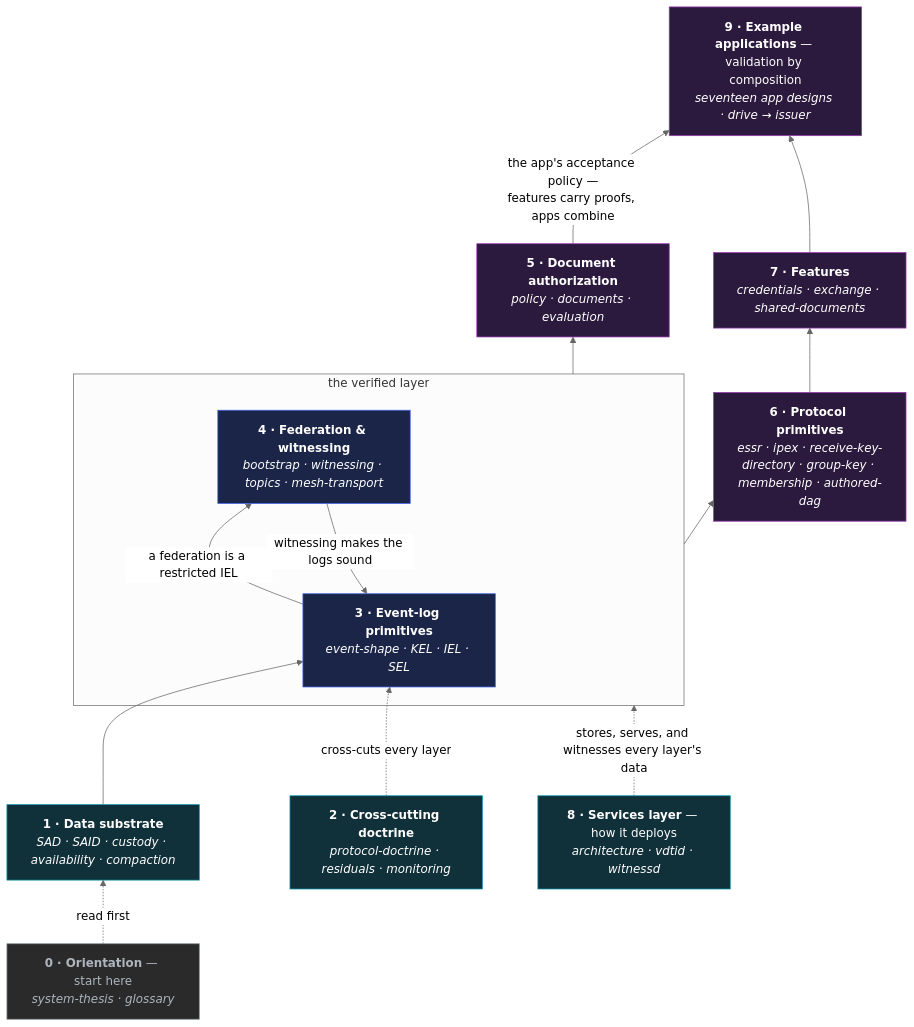
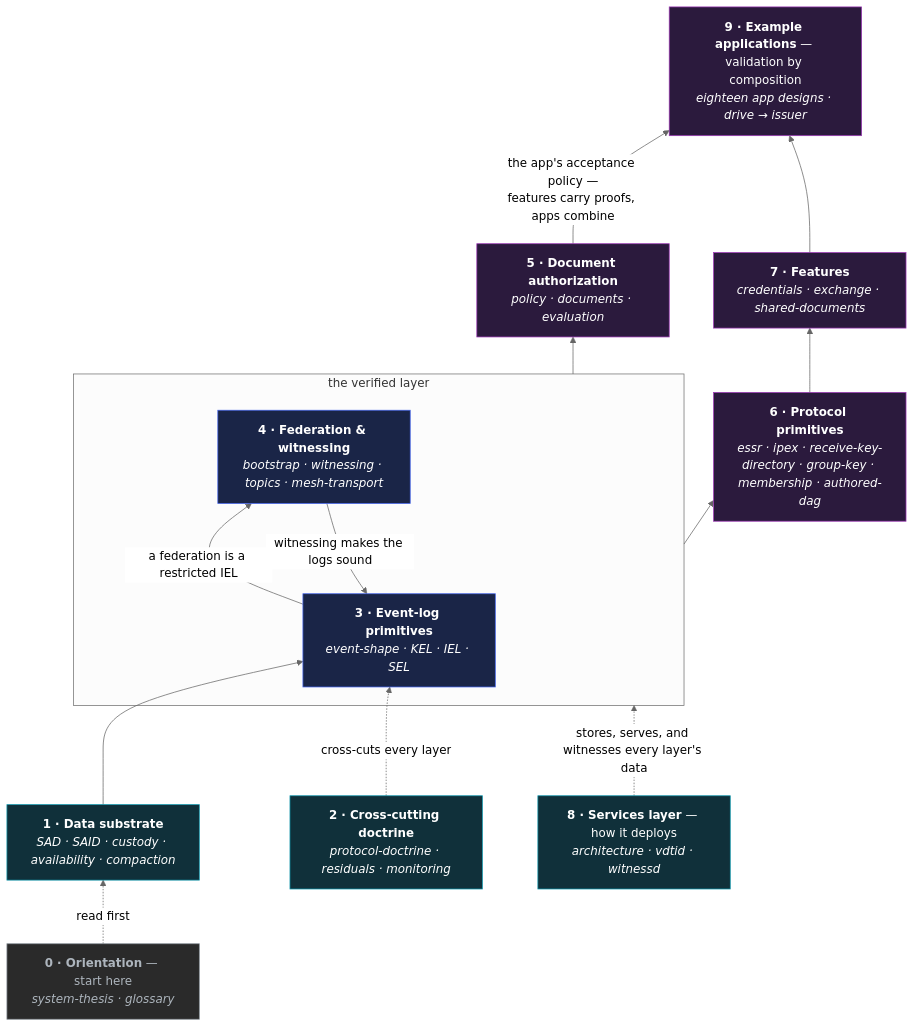
Before and after one commit to jasoncolburne/vdti: the diagram in docs/design/README.md, drawn with Mermaid (neutral theme). The commit also changed other lines of this file and 4 other files, not shown here.

````diff
--- a/docs/design/README.md
+++ b/docs/design/README.md
@@ -58,33 +58,33 @@
 ```mermaid
 flowchart BT
   L0["<b>0 · Orientation</b> — start here<br/><i>system-thesis · glossary</i>"]:::orient
   L1["<b>1 · Data substrate</b><br/><i>SAD · SAID · custody · availability · compaction</i>"]:::found
   L2["<b>2 · Cross-cutting doctrine</b><br/><i>protocol-doctrine · residuals · monitoring</i>"]:::found
   subgraph verified["the verified layer"]
     L3["<b>3 · Event-log primitives</b><br/><i>event-shape · KEL · IEL · SEL</i>"]:::core
     L4["<b>4 · Federation &amp; witnessing</b><br/><i>bootstrap · witnessing · topics · mesh-transport</i>"]:::core
   end
   L5["<b>5 · Document authorization</b><br/><i>policy · documents · evaluation</i>"]:::compose
   L6["<b>6 · Protocol primitives</b><br/><i>essr · ipex · receive-key-directory · group-key · membership · authored-dag</i>"]:::compose
   L7["<b>7 · Features</b><br/><i>credentials · exchange · shared-documents</i>"]:::compose
-  L8["<b>9 · Example applications</b> — validation by composition<br/><i>seventeen app designs · drive → issuer</i>"]:::compose
+  L8["<b>9 · Example applications</b> — validation by composition<br/><i>eighteen app designs · drive → issuer</i>"]:::compose
 
   L0 -.->|read first| L1
   L1 --> L3
   L2 -.->|cross-cuts every layer| L3
   L4 -->|witnessing makes the logs sound| L3
   L3 -->|a federation is a restricted IEL| L4
   verified --> L5
   verified --> L6
   L6 --> L7
   L5 -->|"the app's acceptance policy —<br/>features carry proofs, apps combine"| L8
   L7 --> L8
   LS["<b>8 · Services layer</b> — how it deploys<br/><i>architecture · vdtid · witnessd</i>"]:::found
   LS -.->|"stores, serves, and witnesses every layer's data"| verified
 
   classDef orient fill:#2a2a2a,stroke:#868e96,color:#adb5bd
   classDef found fill:#10303a,stroke:#1098ad,color:#fff
   classDef core fill:#1a2547,stroke:#4263eb,color:#fff
   classDef compose fill:#2b1a3d,stroke:#9c36b5,color:#fff
   classDef future fill:#20242a,stroke:#495057,color:#868e96
 ```
````
